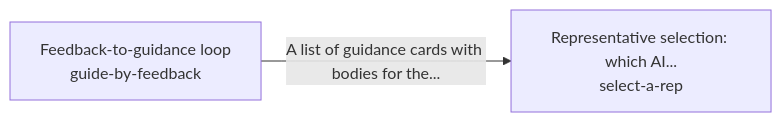
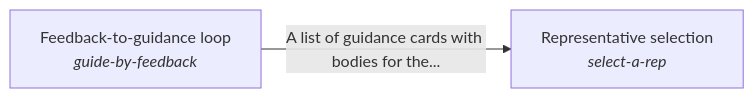
Before and after one commit to SpiritualData/quest-ai-runner: the diagram in quest_ai_runner/hold_the_intents/README.md, drawn with Mermaid. The commit also changed other lines of this file and 111 other files, not shown here.

Commit message:
Human names lead every record: name every solution, metric and arm, and rewrite each intent's coherence paragraph in display names (regenerated readmes, diagrams, tracker)

````diff
--- a/quest_ai_runner/hold_the_intents/README.md
+++ b/quest_ai_runner/hold_the_intents/README.md
@@ -17,6 +17,6 @@
 ```mermaid
 flowchart LR
-    s0["Feedback-to-guidance loop<br/>guide-by-feedback"]
-    s1["Representative selection: which AI...<br/>select-a-rep"]
+    s0["Feedback-to-guidance loop<br/><i>guide-by-feedback</i>"]
+    s1["Representative selection<br/><i>select-a-rep</i>"]
     s0 -->|"A list of guidance cards with bodies for the..."| s1
 ```
````
